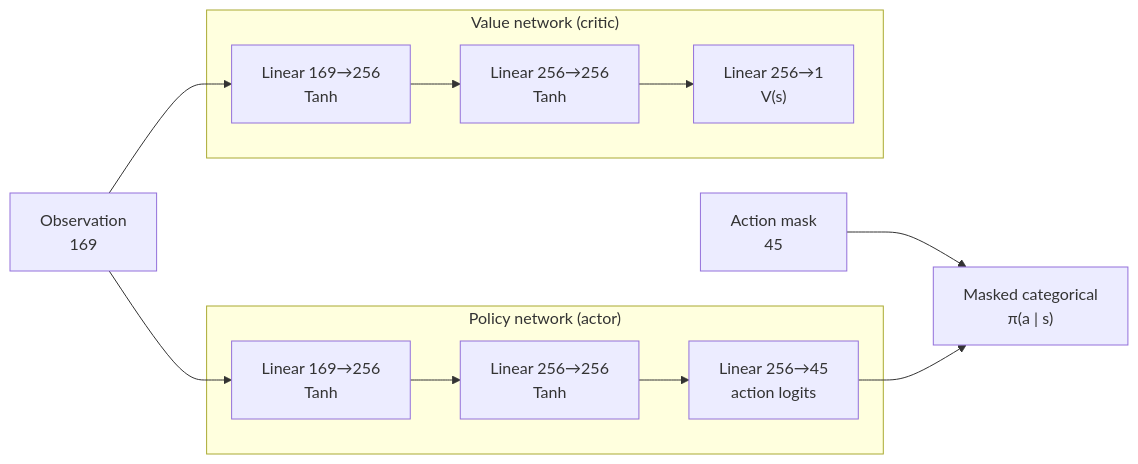
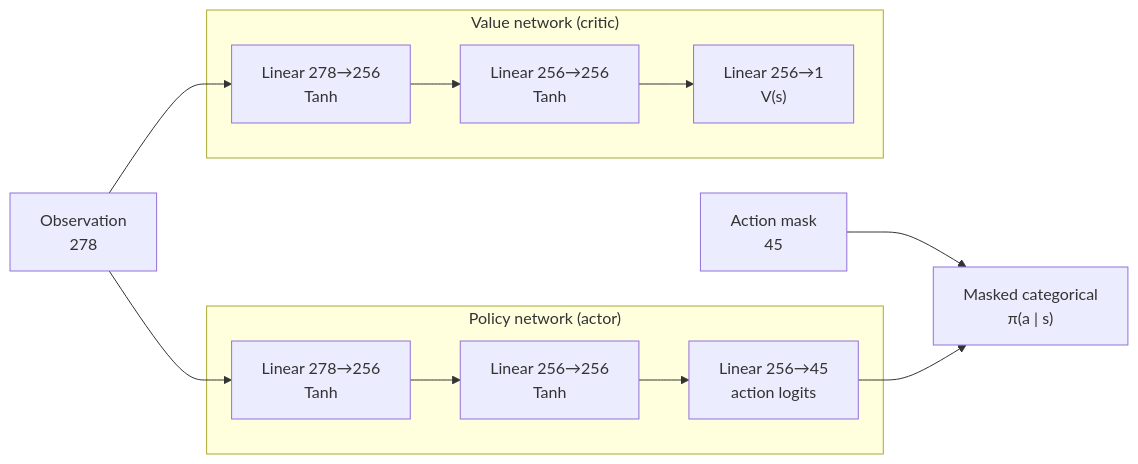
Before and after one commit to Naris404/clash_royale_rl_agent: the diagram in docs/rl-agent.md, drawn with Mermaid. The commit also changed other lines of this file and 5 other files, not shown here.

````diff
--- a/docs/rl-agent.md
+++ b/docs/rl-agent.md
@@ -266,13 +276,13 @@
 ```mermaid
 flowchart LR
-    obs["Observation<br/>169"] --> p1["Linear 169→256<br/>Tanh"]
-    obs --> v1["Linear 169→256<br/>Tanh"]
+    obs["Observation<br/>278"] --> p1["Linear 278→256<br/>Tanh"]
+    obs --> v1["Linear 278→256<br/>Tanh"]
     subgraph policy["Policy network (actor)"]
         p1 --> p2["Linear 256→256<br/>Tanh"] --> logits["Linear 256→45<br/>action logits"]
     end
     subgraph value["Value network (critic)"]
         v1 --> v2["Linear 256→256<br/>Tanh"] --> val["Linear 256→1<br/>V(s)"]
     end
     mask["Action mask<br/>45"] --> dist
     logits --> dist["Masked categorical<br/>π(a | s)"]
 ```
````
